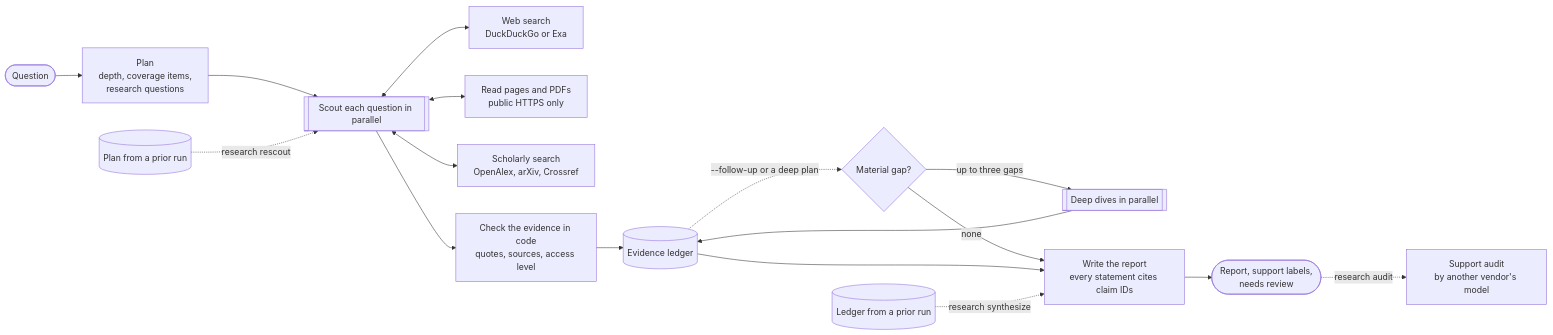
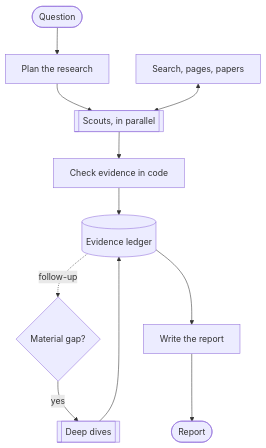
The third of 3 diagrams in README.md (rjanseko/research-loop), drawn with Mermaid before and after one commit. The commit also changed other lines of this file, not shown here.

First line of the commit message:
Draw the README's diagrams top to bottom with fewer, shorter boxes

````diff
--- a/README.md
+++ b/README.md
@@ -203,19 +200,13 @@
 ```mermaid
-flowchart LR
-    question(["Question"]) --> plan["Plan<br/>depth, coverage items,<br/>research questions"]
-    plan --> scouts[["Scout each question in parallel"]]
-    scouts <--> search["Web search<br/>DuckDuckGo or Exa"]
-    scouts <--> fetch["Read pages and PDFs<br/>public HTTPS only"]
-    scouts <--> scholar["Scholarly search<br/>OpenAlex, arXiv, Crossref"]
-    prior_plan[("Plan from a prior run")] -. "research rescout" .-> scouts
-    scouts --> check["Check the evidence in code<br/>quotes, sources, access level"]
+flowchart TD
+    question(["Question"]) --> plan["Plan the research"]
+    plan --> scouts[["Scouts, in parallel"]]
+    tools["Search, pages, papers"] <--> scouts
+    scouts --> check["Check evidence in code"]
     check --> ledger[("Evidence ledger")]
-    ledger -. "--follow-up or a deep plan" .-> gap{"Material gap?"}
-    gap -- "up to three gaps" --> dive[["Deep dives in parallel"]]
+    ledger -. "follow-up" .-> gap{"Material gap?"}
+    gap -- "yes" --> dive[["Deep dives"]]
     dive --> ledger
-    gap -- "none" --> synthesize
-    ledger --> synthesize["Write the report<br/>every statement cites claim IDs"]
-    prior_ledger[("Ledger from a prior run")] -. "research synthesize" .-> synthesize
-    synthesize --> report(["Report, support labels,<br/>needs review"])
-    report -. "research audit" .-> audit["Support audit<br/>by another vendor's model"]
+    ledger --> synthesize["Write the report"]
+    synthesize --> report(["Report"])
 ```
````
